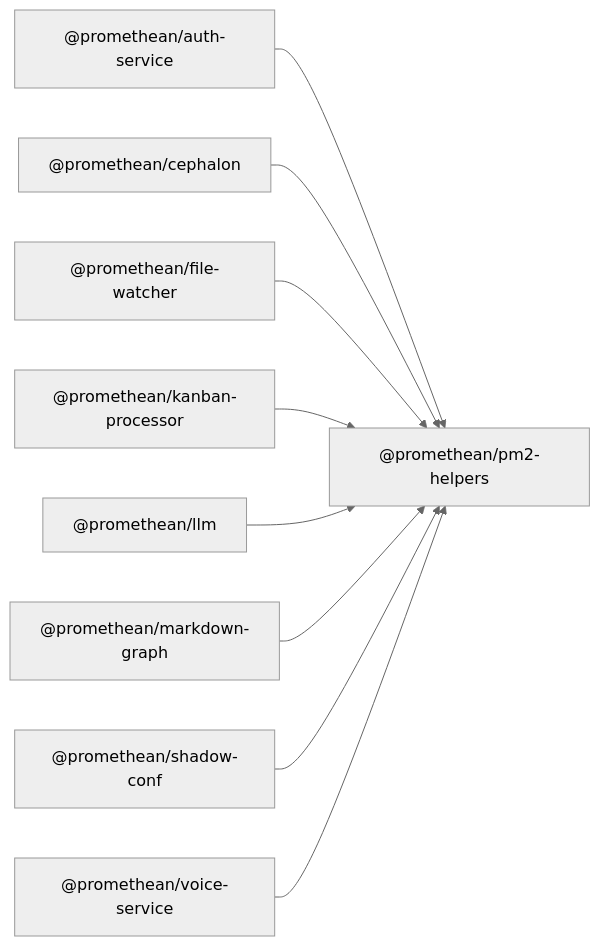
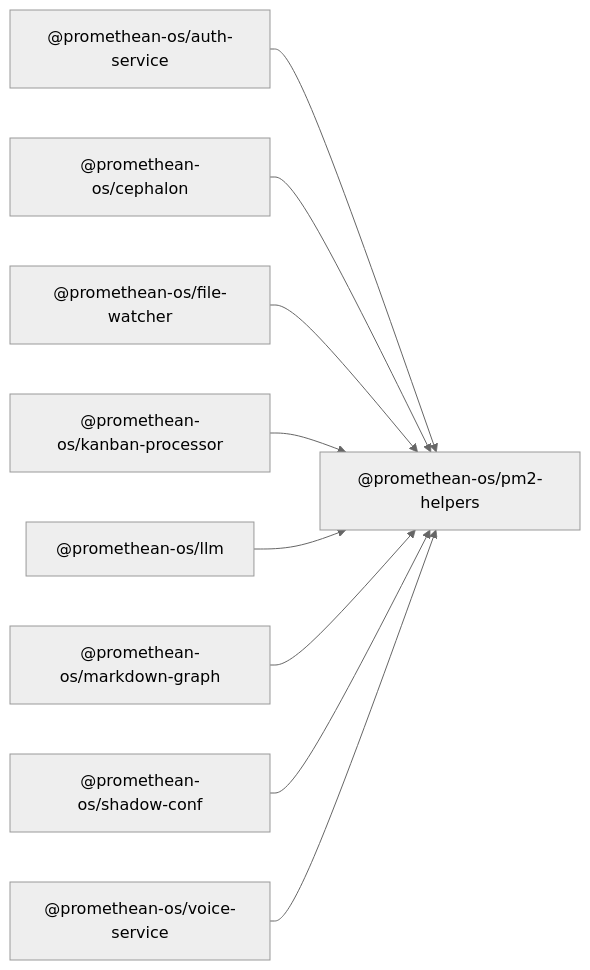
One commit to octave-commons/promethean changed the diagram in docs/packages/pm2-helpers/README.md. Above: the diagram before and after it, drawn with Mermaid (neutral theme). The commit also changed other lines of this file and 1753 other files, not shown here.

````diff
--- a/docs/packages/pm2-helpers/README.md
+++ b/docs/packages/pm2-helpers/README.md
@@ -14,28 +14,28 @@
 ```mermaid
 graph LR
-  A["@promethean/pm2-helpers"]
-  R1["@promethean/auth-service"]
-  R2["@promethean/cephalon"]
-  R3["@promethean/file-watcher"]
-  R4["@promethean/kanban-processor"]
-  R5["@promethean/llm"]
-  R6["@promethean/markdown-graph"]
-  R7["@promethean/shadow-conf"]
-  R8["@promethean/voice-service"]
-  R1["@promethean/auth-service"] --> A
-  R2["@promethean/cephalon"] --> A
-  R3["@promethean/file-watcher"] --> A
-  R4["@promethean/kanban-processor"] --> A
-  R5["@promethean/llm"] --> A
-  R6["@promethean/markdown-graph"] --> A
-  R7["@promethean/shadow-conf"] --> A
-  R8["@promethean/voice-service"] --> A
-  click R1 "../auth-service/README.md" "@promethean/auth-service"
-  click R2 "../cephalon/README.md" "@promethean/cephalon"
-  click R3 "../file-watcher/README.md" "@promethean/file-watcher"
-  click R4 "../kanban-processor/README.md" "@promethean/kanban-processor"
-  click R5 "../llm/README.md" "@promethean/llm"
-  click R6 "../markdown-graph/README.md" "@promethean/markdown-graph"
-  click R7 "../shadow-conf/README.md" "@promethean/shadow-conf"
-  click R8 "../voice/README.md" "@promethean/voice-service"
+  A["@promethean-os/pm2-helpers"]
+  R1["@promethean-os/auth-service"]
+  R2["@promethean-os/cephalon"]
+  R3["@promethean-os/file-watcher"]
+  R4["@promethean-os/kanban-processor"]
+  R5["@promethean-os/llm"]
+  R6["@promethean-os/markdown-graph"]
+  R7["@promethean-os/shadow-conf"]
+  R8["@promethean-os/voice-service"]
+  R1["@promethean-os/auth-service"] --> A
+  R2["@promethean-os/cephalon"] --> A
+  R3["@promethean-os/file-watcher"] --> A
+  R4["@promethean-os/kanban-processor"] --> A
+  R5["@promethean-os/llm"] --> A
+  R6["@promethean-os/markdown-graph"] --> A
+  R7["@promethean-os/shadow-conf"] --> A
+  R8["@promethean-os/voice-service"] --> A
+  click R1 "../auth-service/README.md" "@promethean-os/auth-service"
+  click R2 "../cephalon/README.md" "@promethean-os/cephalon"
+  click R3 "../file-watcher/README.md" "@promethean-os/file-watcher"
+  click R4 "../kanban-processor/README.md" "@promethean-os/kanban-processor"
+  click R5 "../llm/README.md" "@promethean-os/llm"
+  click R6 "../markdown-graph/README.md" "@promethean-os/markdown-graph"
+  click R7 "../shadow-conf/README.md" "@promethean-os/shadow-conf"
+  click R8 "../voice/README.md" "@promethean-os/voice-service"
 ```
````
